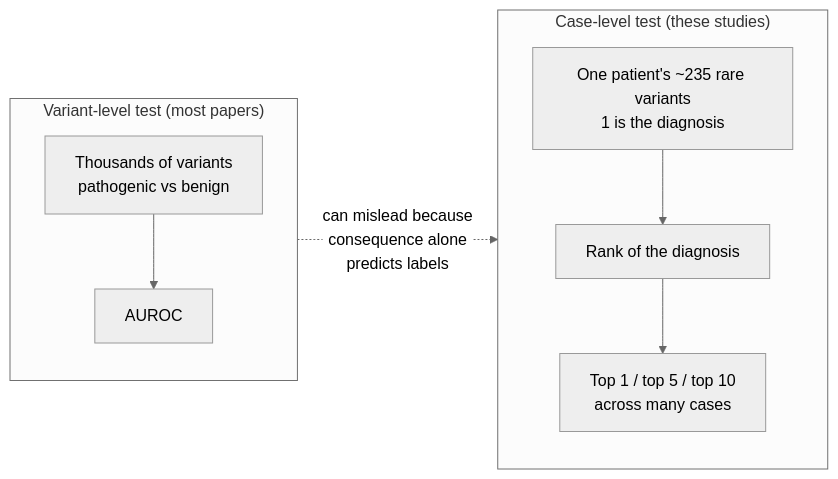
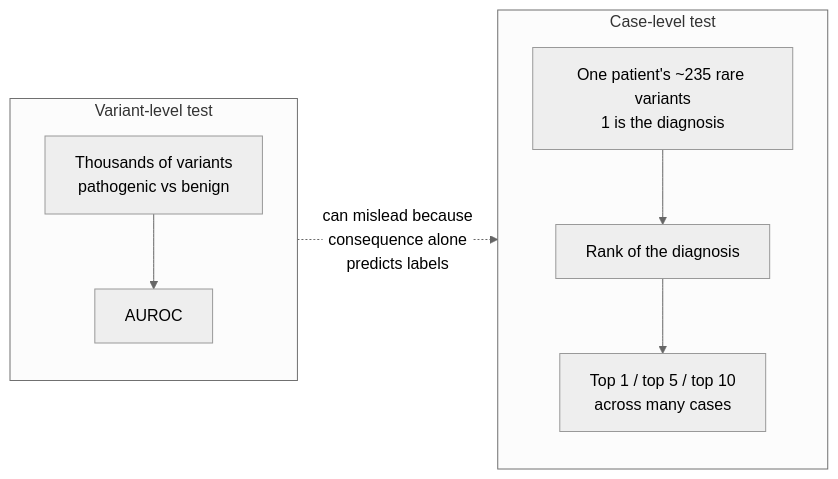
Before and after one commit to rewire-bio/amp-2026-studies: the fourth of 16 diagrams in GUIDE.md, drawn with Mermaid (neutral theme). The commit also changed other lines of this file and 2 other files, not shown here.

Commit message:
Fix overlapping subgraph titles on the guide page
Diagrams are drawn after the web font loads, subgraph titles get a margin, and
the longest titles are shorter.

````diff
--- a/GUIDE.md
+++ b/GUIDE.md
@@ -88,12 +88,12 @@
 ```mermaid
 flowchart LR
-    subgraph v["Variant-level test (most papers)"]
+    subgraph v["Variant-level test"]
         direction TB
         a["Thousands of variants<br/>pathogenic vs benign"] --> au["AUROC"]
     end
-    subgraph c["Case-level test (these studies)"]
+    subgraph c["Case-level test"]
         direction TB
         b["One patient's ~235 rare variants<br/>1 is the diagnosis"] --> rk["Rank of the diagnosis"] --> tk["Top 1 / top 5 / top 10<br/>across many cases"]
     end
     v -.->|"can mislead because<br/>consequence alone<br/>predicts labels"| c
 ```
````
